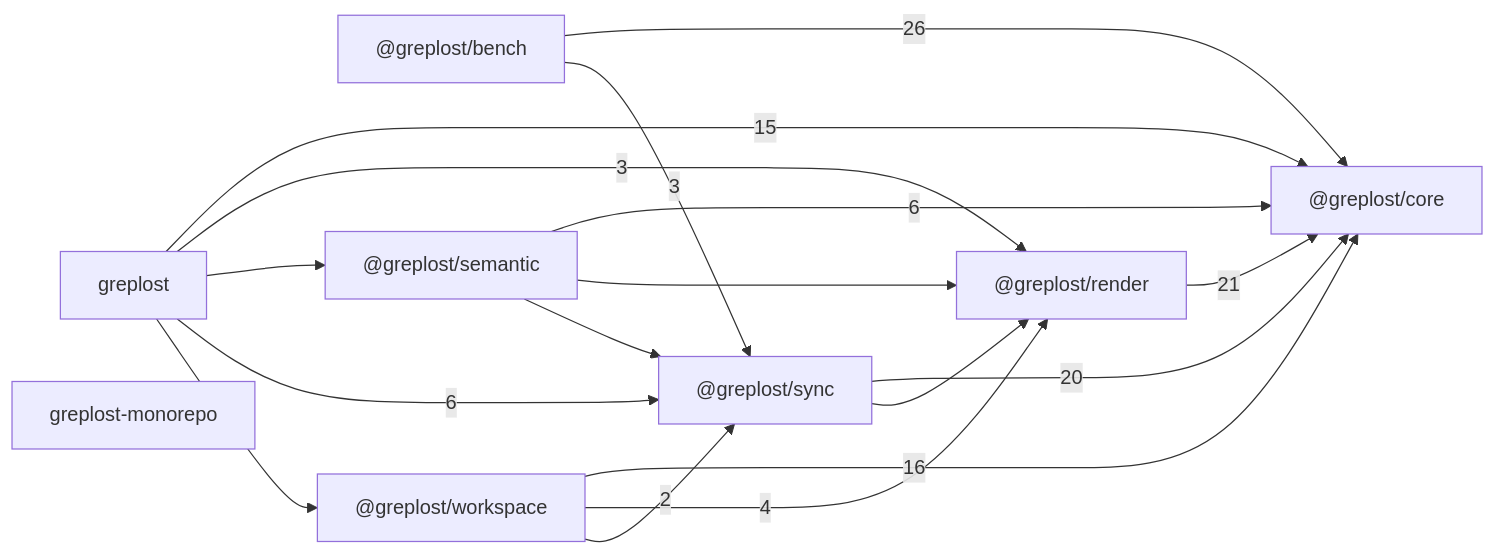
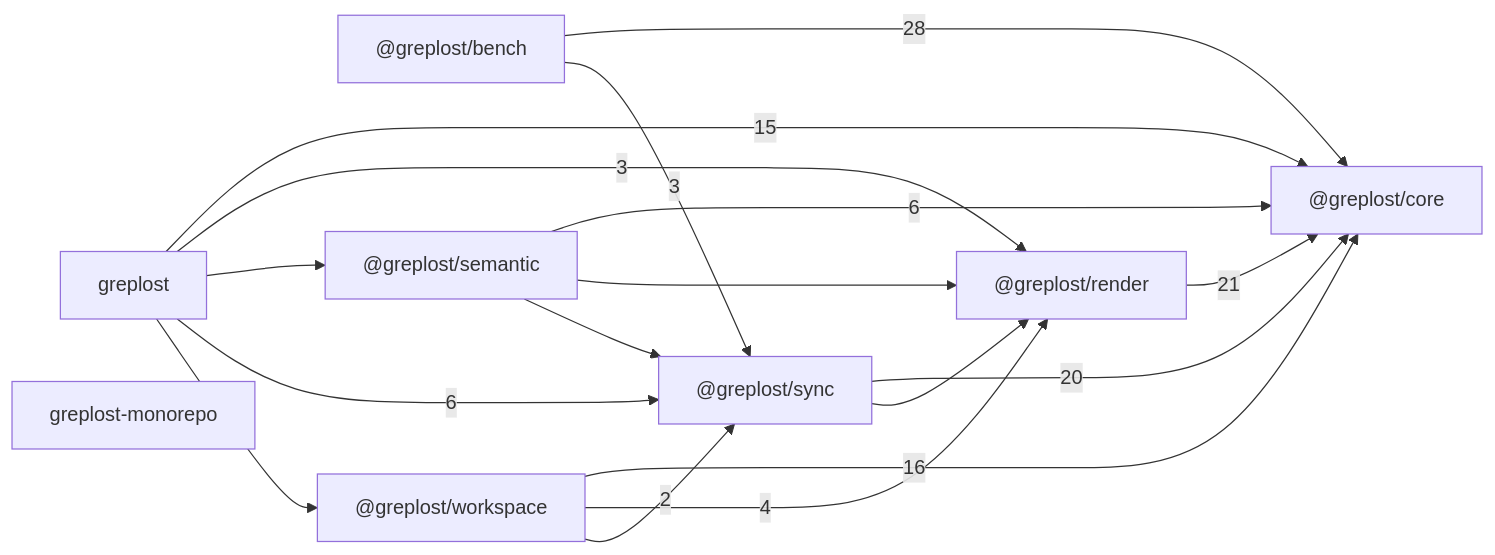
One commit to sns45/greplost changed the diagram in .greplost/repo/MAP.md. Above: the diagram before and after it, drawn with Mermaid. The commit also changed other lines of this file and 21 other files, not shown here.

Commit message:
structural: S5 keyed by endpoints when the oracle carries no reference kinds; S6 counts every schema node id; local is a node kind

````diff
--- a/.greplost/repo/MAP.md
+++ b/.greplost/repo/MAP.md
@@ -21,27 +21,27 @@
 ```mermaid
 graph LR
   _greplost_bench["@greplost/bench"]
   _greplost_core["@greplost/core"]
   _greplost_render["@greplost/render"]
   _greplost_semantic["@greplost/semantic"]
   _greplost_sync["@greplost/sync"]
   _greplost_workspace["@greplost/workspace"]
   greplost["greplost"]
   greplost_monorepo["greplost-monorepo"]
-  _greplost_bench -->|26| _greplost_core
+  _greplost_bench -->|28| _greplost_core
   _greplost_bench -->|3| _greplost_sync
   _greplost_render -->|21| _greplost_core
   _greplost_semantic -->|6| _greplost_core
   _greplost_semantic --> _greplost_render
   _greplost_semantic --> _greplost_sync
   _greplost_sync -->|20| _greplost_core
   _greplost_sync --> _greplost_render
   _greplost_workspace -->|16| _greplost_core
   _greplost_workspace -->|4| _greplost_render
   _greplost_workspace -->|2| _greplost_sync
   greplost -->|15| _greplost_core
   greplost -->|3| _greplost_render
   greplost --> _greplost_semantic
   greplost -->|6| _greplost_sync
   greplost --> _greplost_workspace
 ```
````
